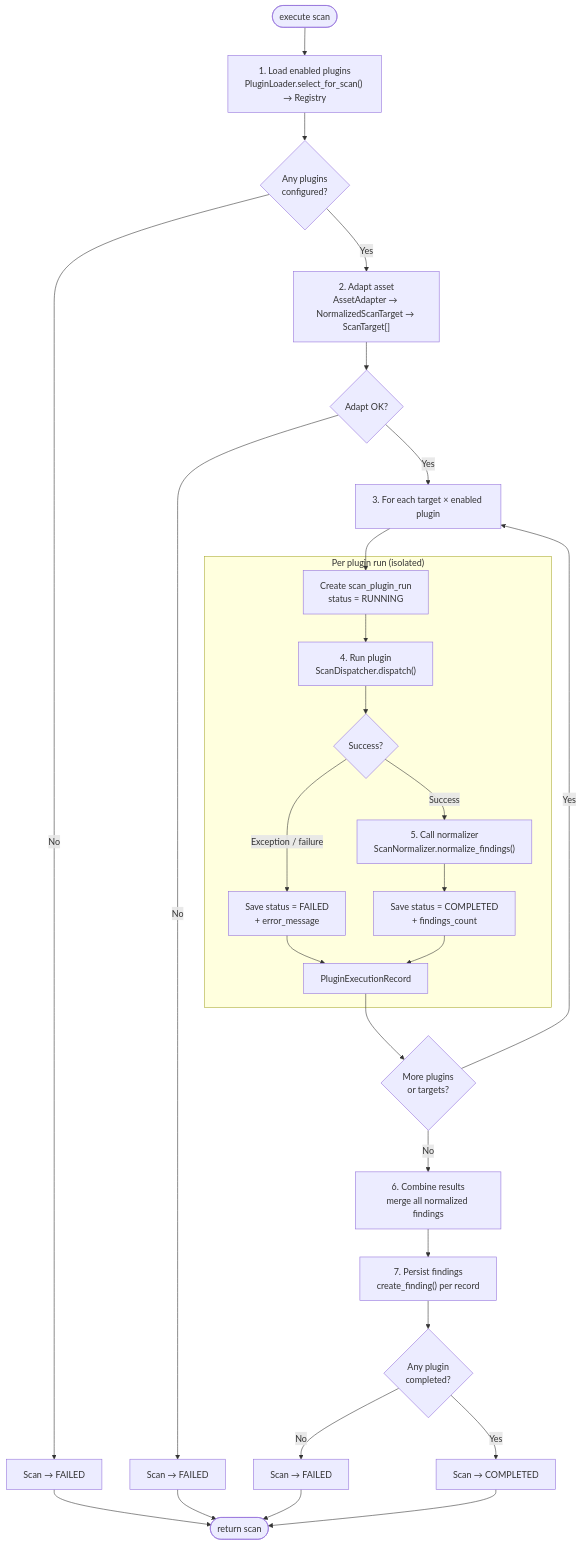
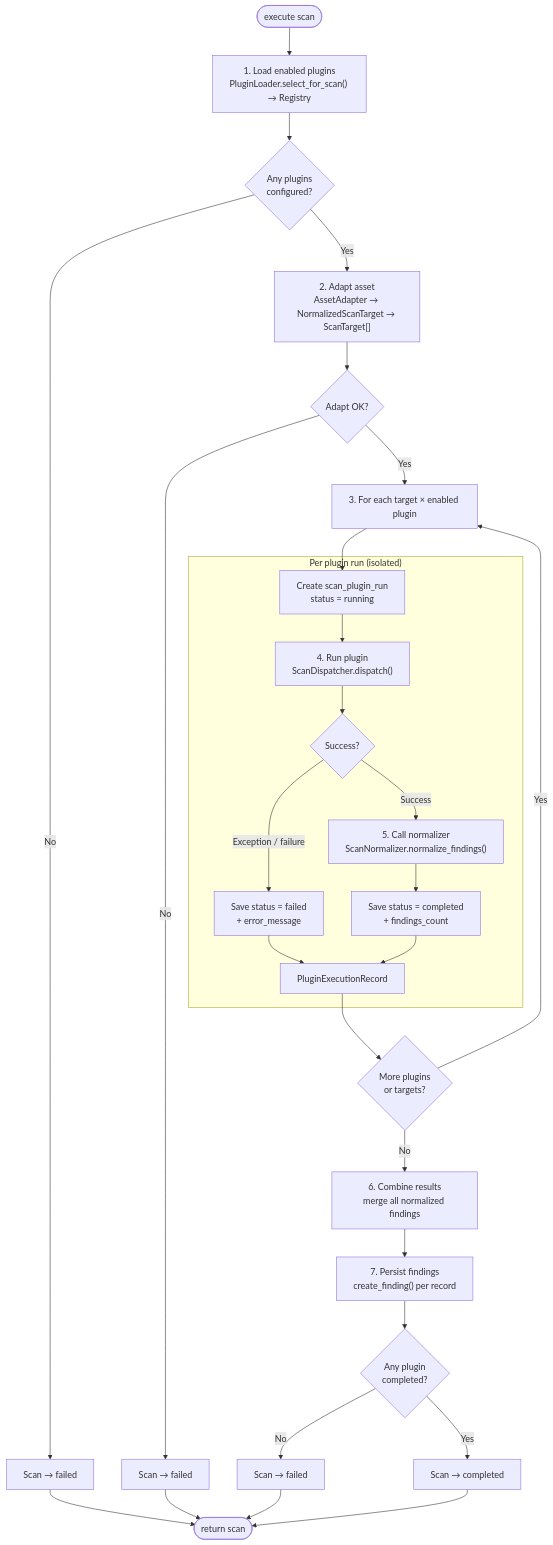
Before and after one commit to notjiji/Sandbox: the second of 10 diagrams in docs/scan-engine.md, drawn with Mermaid. The commit also changed other lines of this file and 18 other files, not shown here.

````diff
--- a/docs/scan-engine.md
+++ b/docs/scan-engine.md
@@ -101,43 +101,43 @@
 ```mermaid
 flowchart TD
     START([execute scan]) --> A
 
     A["1. Load enabled plugins\nPluginLoader.select_for_scan() → Registry"]
     A --> B{Any plugins\nconfigured?}
-    B -->|No| FAIL1["Scan → FAILED"]
+    B -->|No| FAIL1["Scan → failed"]
     B -->|Yes| C
 
     C["2. Adapt asset\nAssetAdapter → NormalizedScanTarget → ScanTarget[]"]
     C --> D{Adapt OK?}
-    D -->|No| FAIL2["Scan → FAILED"]
+    D -->|No| FAIL2["Scan → failed"]
     D -->|Yes| E
 
     E["3. For each target × enabled plugin"]
     E --> F
 
     subgraph PerPlugin["Per plugin run (isolated)"]
-        F["Create scan_plugin_run\nstatus = RUNNING"]
+        F["Create scan_plugin_run\nstatus = running"]
         F --> G["4. Run plugin\nScanDispatcher.dispatch()"]
         G --> H{Success?}
-        H -->|Exception / failure| I["Save status = FAILED\n+ error_message"]
+        H -->|Exception / failure| I["Save status = failed\n+ error_message"]
         H -->|Success| J["5. Call normalizer\nScanNormalizer.normalize_findings()"]
-        J --> K["Save status = COMPLETED\n+ findings_count"]
+        J --> K["Save status = completed\n+ findings_count"]
         I --> L["PluginExecutionRecord"]
         K --> L
     end
 
     L --> M{More plugins\nor targets?}
     M -->|Yes| E
     M -->|No| N
 
     N["6. Combine results\nmerge all normalized findings"]
     N --> O["7. Persist findings\ncreate_finding() per record"]
     O --> P{Any plugin\ncompleted?}
-    P -->|Yes| OK["Scan → COMPLETED"]
-    P -->|No| FAIL3["Scan → FAILED"]
+    P -->|Yes| OK["Scan → completed"]
+    P -->|No| FAIL3["Scan → failed"]
 
     FAIL1 --> END([return scan])
     FAIL2 --> END
     FAIL3 --> END
     OK --> END
 ```
````
